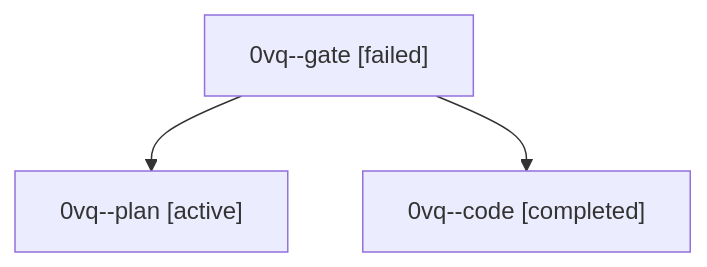
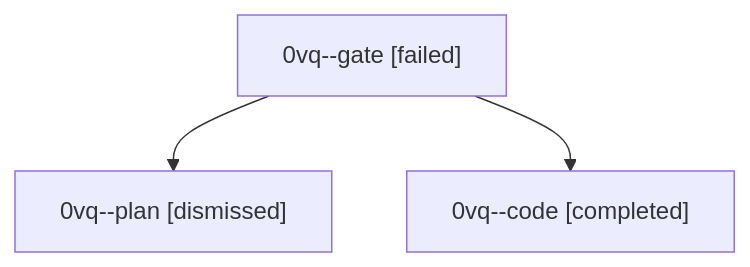
One commit to bobs-org/bob-cli--agents changed the diagram in sessions/bbugyi200.athena.0vq.md. Above: the diagram before and after it, drawn with Mermaid. The commit also changed other lines of this file and 29 other files, not shown here.

````diff
--- a/sessions/bbugyi200.athena.0vq.md
+++ b/sessions/bbugyi200.athena.0vq.md
@@ -9,8 +9,8 @@
 ```mermaid
 flowchart TD
   n0["0vq--gate [failed]"]
-  n1["0vq--plan [active]"]
+  n1["0vq--plan [dismissed]"]
   n0 --> n1
   n2["0vq--code [completed]"]
   n0 --> n2
 ```
````
